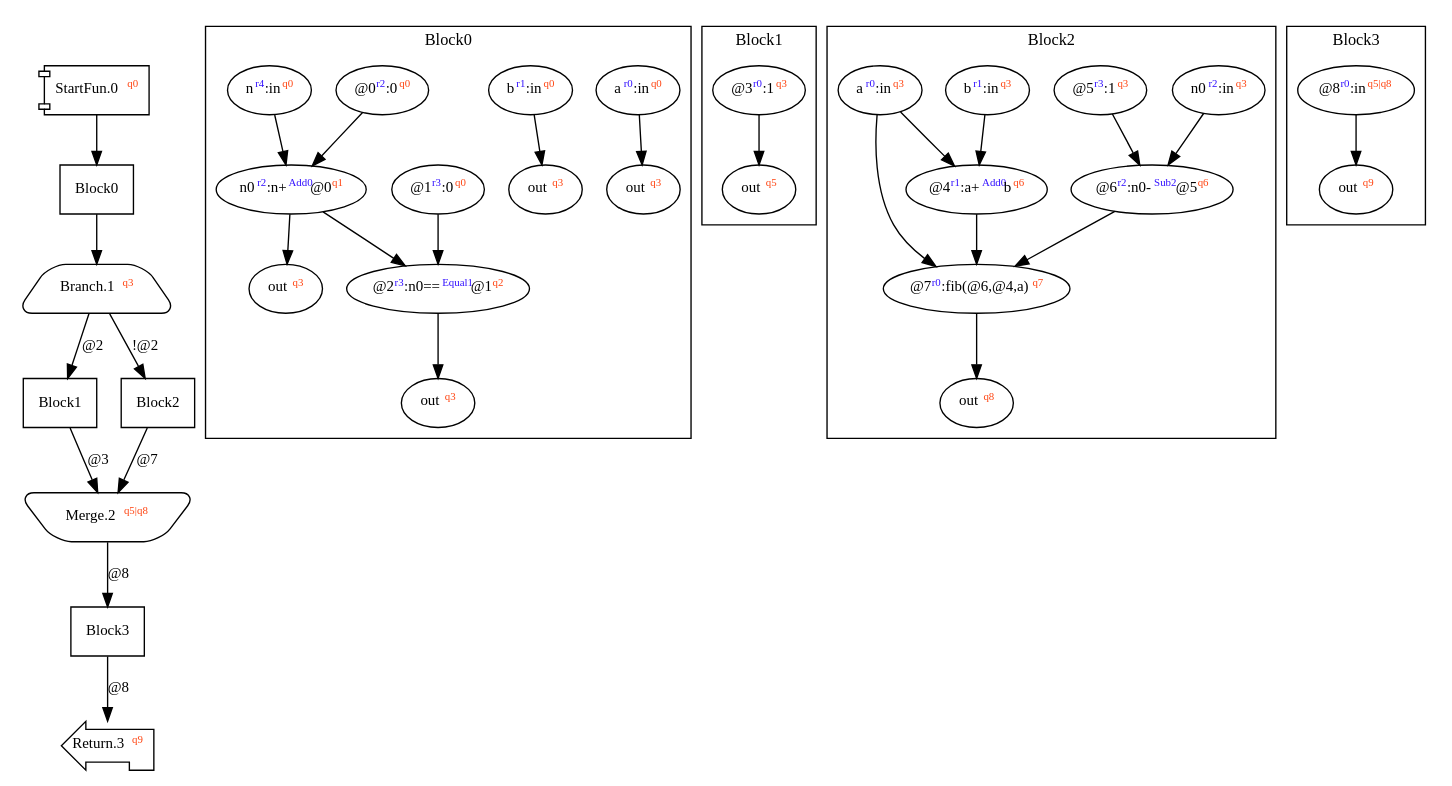
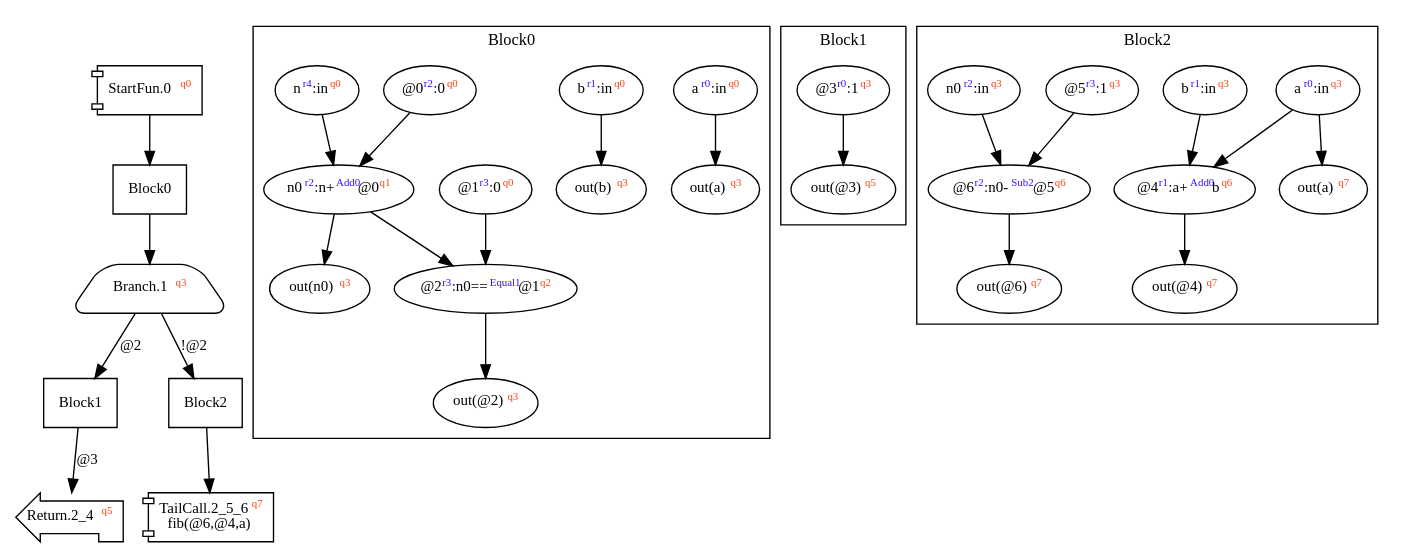
Before and after one commit to akouryy/SyntheScala: the diagram in dist/fib.dot, drawn with Graphviz. The commit also changed 8 other files, not shown here.

Commit message:
Add TailCall Jump

```diff
--- a/dist/fib.dot
+++ b/dist/fib.dot
@@ -1,35 +1,30 @@
 digraph Program_ {
 graph [fontname = "Monaco", fontsize = 12, ranksep = 0.5];
 node [shape = box, fontname = "Monaco", fontsize = 11; colorscheme = pastel19];
 edge [fontname = "Monaco", fontsize = 11; colorscheme = pastel19];
 Jump0[label = <StartFun.0<font color="#ff4411" point-size="8"><sup>q0</sup></font>>; shape = component];
 Jump0 -> Block0;
 Jump1[
   label = <Branch.1<font color="#ff4411" point-size="8"><sup>q3</sup></font>>;
   shape = trapezium; style = rounded;
 ];
 Block0 -> Jump1;
 Jump1 -> Block1 [label="@2"];
 Jump1 -> Block2 [label="!@2"];
-Jump2[label = <Merge.2<font color="#ff4411" point-size="8"><sup>q5|q8</sup></font>>; shape = invtrapezium; style = rounded];
-Block1 -> Jump2 [label="@3"];Block2 -> Jump2 [label="@7"];
-Jump2 -> Block3 [label="@8"];
-Jump3[label = <Return.3<font color="#ff4411" point-size="8"><sup>q9</sup></font>>; shape = lpromoter];
-Block3 -> Jump3 [label="@8"];
+Jump2_4[label = <Return.2_4<font color="#ff4411" point-size="8"><sup>q5</sup></font>>; shape = lpromoter];
+Block1 -> Jump2_4 [label="@3"];
+Jump2_5_6[label = <TailCall.2_5_6<font color="#ff4411" point-size="8"><sup>q7</sup></font><br/>fib(@6,@4,a)>; shape = component];
+Block2 -> Jump2_5_6;
 Block0 [label = "Block0"];
 Block1 [label = "Block1"];
 Block2 [label = "Block2"];
-Block3 [label = "Block3"];
 subgraph cluster_dfg_Block0{
 node [shape = oval];
 label = "Block0";
-ndBlock0_0 [label=<@2<font color="#3311ff" point-size="8"><sup>r3</sup></font>:n0==<font color="#3311ff" point-size="8"><sup>Equal1</sup></font>@1<font color="#ff4411" point-size="8"><sup>q2</sup></font>>];ndBlock0_1 [label=<out<font color="#ff4411" point-size="8"><sup>q3</sup></font>>];ndBlock0_2 [label=<out<font color="#ff4411" point-size="8"><sup>q3</sup></font>>];ndBlock0_3 [label=<a<font color="#3311ff" point-size="8"><sup>r0</sup></font>:in<font color="#ff4411" point-size="8"><sup>q0</sup></font>>];ndBlock0_4 [label=<b<font color="#3311ff" point-size="8"><sup>r1</sup></font>:in<font color="#ff4411" point-size="8"><sup>q0</sup></font>>];ndBlock0_5 [label=<out<font color="#ff4411" point-size="8"><sup>q3</sup></font>>];ndBlock0_6 [label=<out<font color="#ff4411" point-size="8"><sup>q3</sup></font>>];ndBlock0_7 [label=<@0<font color="#3311ff" point-size="8"><sup>r2</sup></font>:0<font color="#ff4411" point-size="8"><sup>q0</sup></font>>];ndBlock0_8 [label=<n0<font color="#3311ff" point-size="8"><sup>r2</sup></font>:n+<font color="#3311ff" point-size="8"><sup>Add0</sup></font>@0<font color="#ff4411" point-size="8"><sup>q1</sup></font>>];ndBlock0_9 [label=<@1<font color="#3311ff" point-size="8"><sup>r3</sup></font>:0<font color="#ff4411" point-size="8"><sup>q0</sup></font>>];ndBlock0_10 [label=<n<font color="#3311ff" point-size="8"><sup>r4</sup></font>:in<font color="#ff4411" point-size="8"><sup>q0</sup></font>>];ndBlock0_4 -> ndBlock0_2; ndBlock0_8 -> ndBlock0_6; ndBlock0_0 -> ndBlock0_1; ndBlock0_3 -> ndBlock0_5; ndBlock0_8 -> ndBlock0_0; ndBlock0_9 -> ndBlock0_0; ndBlock0_7 -> ndBlock0_8; ndBlock0_10 -> ndBlock0_8; }subgraph cluster_dfg_Block1{
+ndBlock0_0 [label=<@2<font color="#3311ff" point-size="8"><sup>r3</sup></font>:n0==<font color="#3311ff" point-size="8"><sup>Equal1</sup></font>@1<font color="#ff4411" point-size="8"><sup>q2</sup></font>>];ndBlock0_1 [label=<out(@2)<font color="#ff4411" point-size="8"><sup>q3</sup></font>>];ndBlock0_2 [label=<out(b)<font color="#ff4411" point-size="8"><sup>q3</sup></font>>];ndBlock0_3 [label=<a<font color="#3311ff" point-size="8"><sup>r0</sup></font>:in<font color="#ff4411" point-size="8"><sup>q0</sup></font>>];ndBlock0_4 [label=<b<font color="#3311ff" point-size="8"><sup>r1</sup></font>:in<font color="#ff4411" point-size="8"><sup>q0</sup></font>>];ndBlock0_5 [label=<out(a)<font color="#ff4411" point-size="8"><sup>q3</sup></font>>];ndBlock0_6 [label=<out(n0)<font color="#ff4411" point-size="8"><sup>q3</sup></font>>];ndBlock0_7 [label=<@0<font color="#3311ff" point-size="8"><sup>r2</sup></font>:0<font color="#ff4411" point-size="8"><sup>q0</sup></font>>];ndBlock0_8 [label=<n0<font color="#3311ff" point-size="8"><sup>r2</sup></font>:n+<font color="#3311ff" point-size="8"><sup>Add0</sup></font>@0<font color="#ff4411" point-size="8"><sup>q1</sup></font>>];ndBlock0_9 [label=<@1<font color="#3311ff" point-size="8"><sup>r3</sup></font>:0<font color="#ff4411" point-size="8"><sup>q0</sup></font>>];ndBlock0_10 [label=<n<font color="#3311ff" point-size="8"><sup>r4</sup></font>:in<font color="#ff4411" point-size="8"><sup>q0</sup></font>>];ndBlock0_4 -> ndBlock0_2; ndBlock0_8 -> ndBlock0_6; ndBlock0_0 -> ndBlock0_1; ndBlock0_3 -> ndBlock0_5; ndBlock0_8 -> ndBlock0_0; ndBlock0_9 -> ndBlock0_0; ndBlock0_7 -> ndBlock0_8; ndBlock0_10 -> ndBlock0_8; }subgraph cluster_dfg_Block1{
 node [shape = oval];
 label = "Block1";
-ndBlock1_0 [label=<@3<font color="#3311ff" point-size="8"><sup>r0</sup></font>:1<font color="#ff4411" point-size="8"><sup>q3</sup></font>>];ndBlock1_1 [label=<out<font color="#ff4411" point-size="8"><sup>q5</sup></font>>];ndBlock1_0 -> ndBlock1_1; }subgraph cluster_dfg_Block2{
+ndBlock1_0 [label=<@3<font color="#3311ff" point-size="8"><sup>r0</sup></font>:1<font color="#ff4411" point-size="8"><sup>q3</sup></font>>];ndBlock1_1 [label=<out(@3)<font color="#ff4411" point-size="8"><sup>q5</sup></font>>];ndBlock1_0 -> ndBlock1_1; }subgraph cluster_dfg_Block2{
 node [shape = oval];
 label = "Block2";
-ndBlock2_0 [label=<@5<font color="#3311ff" point-size="8"><sup>r3</sup></font>:1<font color="#ff4411" point-size="8"><sup>q3</sup></font>>];ndBlock2_1 [label=<b<font color="#3311ff" point-size="8"><sup>r1</sup></font>:in<font color="#ff4411" point-size="8"><sup>q3</sup></font>>];ndBlock2_2 [label=<@4<font color="#3311ff" point-size="8"><sup>r1</sup></font>:a+<font color="#3311ff" point-size="8"><sup>Add0</sup></font>b<font color="#ff4411" point-size="8"><sup>q6</sup></font>>];ndBlock2_3 [label=<n0<font color="#3311ff" point-size="8"><sup>r2</sup></font>:in<font color="#ff4411" point-size="8"><sup>q3</sup></font>>];ndBlock2_4 [label=<@6<font color="#3311ff" point-size="8"><sup>r2</sup></font>:n0-<font color="#3311ff" point-size="8"><sup>Sub2</sup></font>@5<font color="#ff4411" point-size="8"><sup>q6</sup></font>>];ndBlock2_5 [label=<out<font color="#ff4411" point-size="8"><sup>q8</sup></font>>];ndBlock2_6 [label=<@7<font color="#3311ff" point-size="8"><sup>r0</sup></font>:fib(@6,@4,a)<font color="#ff4411" point-size="8"><sup>q7</sup></font>>];ndBlock2_7 [label=<a<font color="#3311ff" point-size="8"><sup>r0</sup></font>:in<font color="#ff4411" point-size="8"><sup>q3</sup></font>>];ndBlock2_1 -> ndBlock2_2; ndBlock2_7 -> ndBlock2_2; ndBlock2_6 -> ndBlock2_5; ndBlock2_2 -> ndBlock2_6; ndBlock2_4 -> ndBlock2_6; ndBlock2_7 -> ndBlock2_6; ndBlock2_0 -> ndBlock2_4; ndBlock2_3 -> ndBlock2_4; }subgraph cluster_dfg_Block3{
-node [shape = oval];
-label = "Block3";
-ndBlock3_0 [label=<@8<font color="#3311ff" point-size="8"><sup>r0</sup></font>:in<font color="#ff4411" point-size="8"><sup>q5|q8</sup></font>>];ndBlock3_1 [label=<out<font color="#ff4411" point-size="8"><sup>q9</sup></font>>];ndBlock3_0 -> ndBlock3_1; }}
+ndBlock2_0 [label=<@5<font color="#3311ff" point-size="8"><sup>r3</sup></font>:1<font color="#ff4411" point-size="8"><sup>q3</sup></font>>];ndBlock2_1 [label=<out(@4)<font color="#ff4411" point-size="8"><sup>q7</sup></font>>];ndBlock2_2 [label=<a<font color="#3311ff" point-size="8"><sup>r0</sup></font>:in<font color="#ff4411" point-size="8"><sup>q3</sup></font>>];ndBlock2_3 [label=<b<font color="#3311ff" point-size="8"><sup>r1</sup></font>:in<font color="#ff4411" point-size="8"><sup>q3</sup></font>>];ndBlock2_4 [label=<out(@6)<font color="#ff4411" point-size="8"><sup>q7</sup></font>>];ndBlock2_5 [label=<@4<font color="#3311ff" point-size="8"><sup>r1</sup></font>:a+<font color="#3311ff" point-size="8"><sup>Add0</sup></font>b<font color="#ff4411" point-size="8"><sup>q6</sup></font>>];ndBlock2_6 [label=<out(a)<font color="#ff4411" point-size="8"><sup>q7</sup></font>>];ndBlock2_7 [label=<n0<font color="#3311ff" point-size="8"><sup>r2</sup></font>:in<font color="#ff4411" point-size="8"><sup>q3</sup></font>>];ndBlock2_8 [label=<@6<font color="#3311ff" point-size="8"><sup>r2</sup></font>:n0-<font color="#3311ff" point-size="8"><sup>Sub2</sup></font>@5<font color="#ff4411" point-size="8"><sup>q6</sup></font>>];ndBlock2_2 -> ndBlock2_5; ndBlock2_3 -> ndBlock2_5; ndBlock2_5 -> ndBlock2_1; ndBlock2_0 -> ndBlock2_8; ndBlock2_7 -> ndBlock2_8; ndBlock2_2 -> ndBlock2_6; ndBlock2_8 -> ndBlock2_4; }}
```
